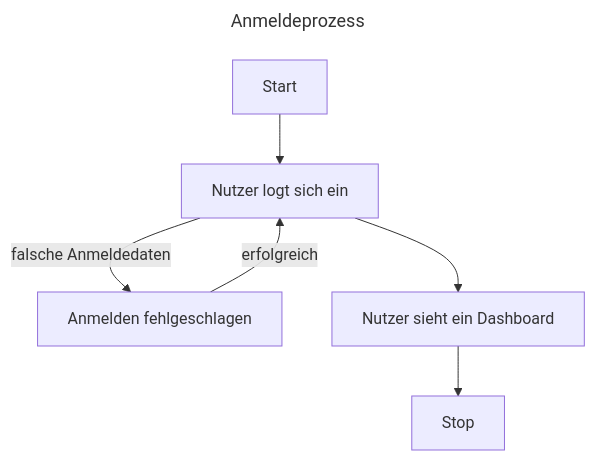
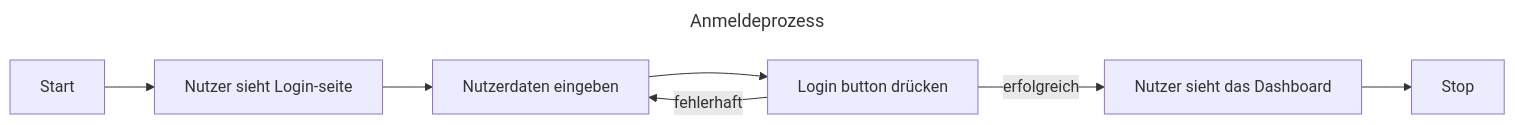
One commit to StinaHoehn/todofse changed the second of 3 diagrams in README.md. Above: the diagram before and after it, drawn with Mermaid. The commit also changed other lines of this file, not shown here.

First line of the commit message:
Update README with new architecture diagrams

````diff
--- a/README.md
+++ b/README.md
@@ -43,17 +46,19 @@
 ```mermaid
 ---
 title: Anmeldeprozess
 ---
-flowchart TD
+flowchart LR
     Start
     Stop
-    Login[Nutzer logt sich ein]
-    Failed_login[Anmelden fehlgeschlagen]
-    Dashboard[Nutzer sieht ein Dashboard]
+    seite[Nutzer sieht Login-seite]
+    daten[Nutzerdaten eingeben]
+    click_login[Login button drücken]
+    Dashboard[Nutzer sieht das Dashboard]
     
-    Start --> Login
-    Login --> Dashboard
-    Login -->|falsche Anmeldedaten| Failed_login
-    Failed_login -->|erfolgreich| Login
+    Start --> seite
+    seite --> daten
+    daten --> click_login
+    click_login -->|fehlerhaft| daten
+    click_login -->|erfolgreich| Dashboard
     Dashboard --> Stop
 ```
````
